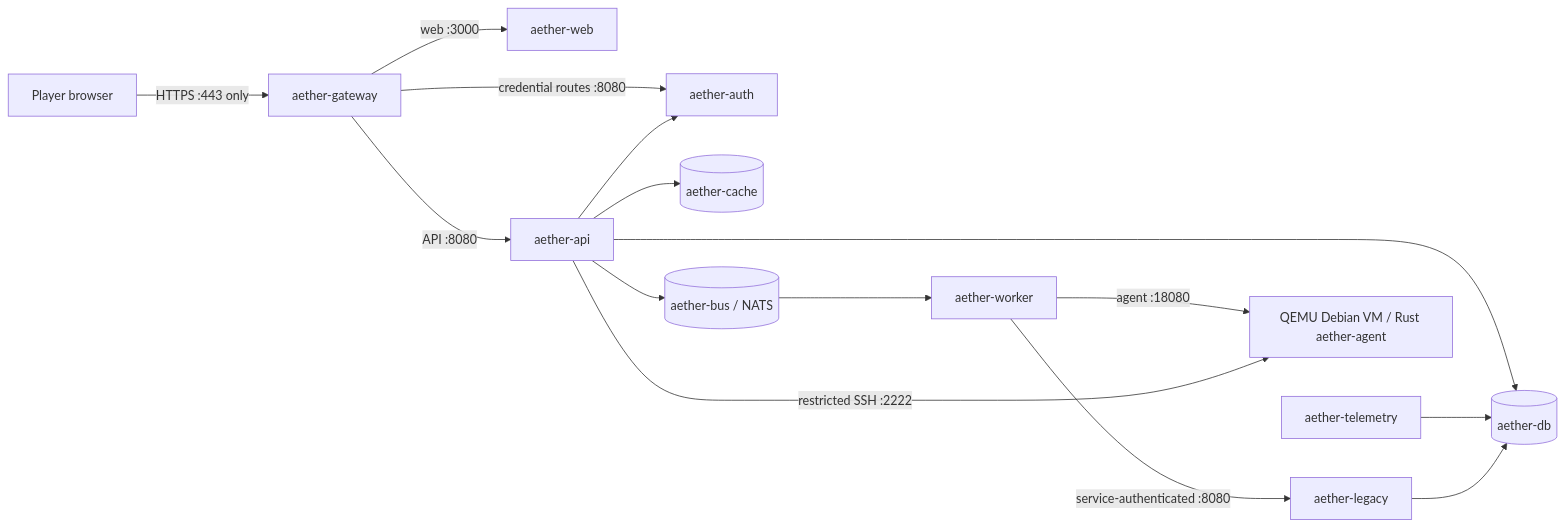
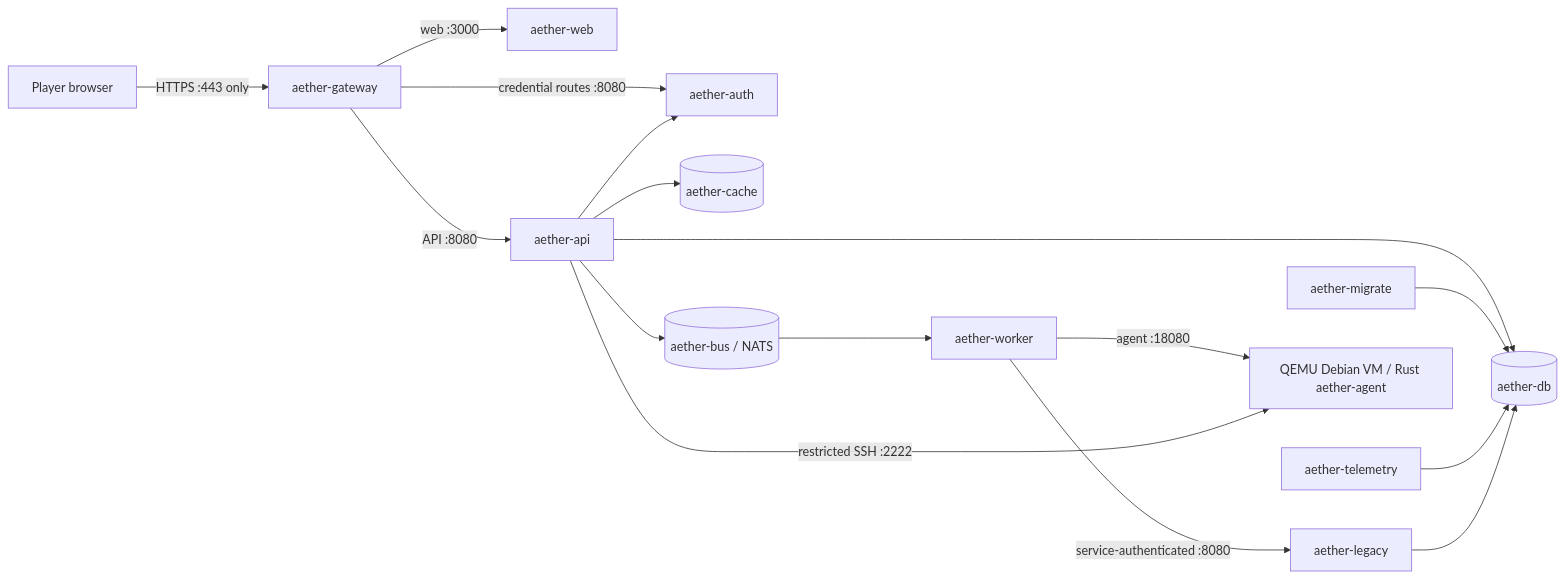
One commit to Loic-ally/Blackveil changed the diagram in blackveil/docs/architecture/network.md. Above: the diagram before and after it, drawn with Mermaid. The commit also changed other lines of this file and 15 other files, not shown here.

````diff
--- a/blackveil/docs/architecture/network.md
+++ b/blackveil/docs/architecture/network.md
@@ -5,17 +5,18 @@
 ```mermaid
 flowchart LR
     P[Player browser] -->|HTTPS :443 only| G[aether-gateway]
     G -->|web :3000| W[aether-web]
     G -->|API :8080| A[aether-api]
     G -->|credential routes :8080| AU[aether-auth]
     A --> AU[aether-auth]
     A --> PG[(aether-db)]
     A --> R[(aether-cache)]
     A --> N[(aether-bus / NATS)]
+    M[aether-migrate] --> PG
     N --> WK[aether-worker]
     WK -->|service-authenticated :8080| L[aether-legacy]
     WK -->|agent :18080| VM[QEMU Debian VM / Rust aether-agent]
     A -->|restricted SSH :2222| VM
     T[aether-telemetry] --> PG
     L --> PG
 ```
````
